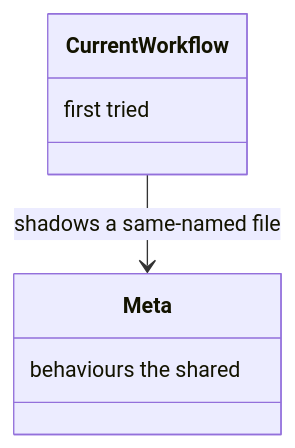
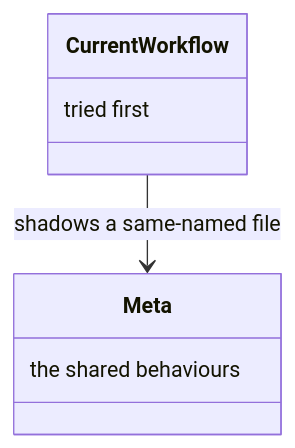
The eighth of 34 diagrams in docs/resolution.md (m2ux/workflow-server), drawn with Mermaid before and after one commit. The commit also changed other lines of this file and 10 other files, not shown here.

Commit message:
Write each class-box note in reading order so the diagram shows the phrase as written.

````diff
--- a/docs/resolution.md
+++ b/docs/resolution.md
@@ -158,10 +158,10 @@
 ```mermaid
 classDiagram
   class CurrentWorkflow {
-    first tried
+    tried first
   }
   class Meta {
-    behaviours the shared
+    the shared behaviours
   }
   CurrentWorkflow --> Meta : shadows a same-named file
 ```
````
